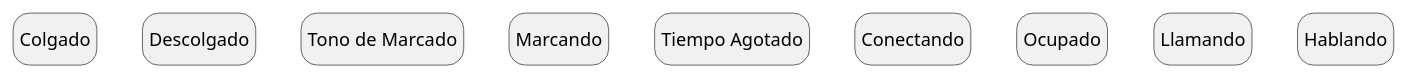
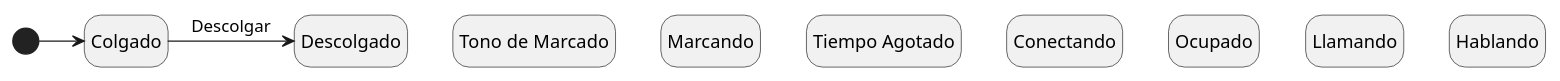
The diagram in Parcial_2/01-Vista_maquina_de_estados/ej-2.md (Z0SO/UML-Practice), drawn with PlantUML before and after one commit. The commit also changed 3 other files, not shown here.

````diff
--- a/Parcial_2/01-Vista_maquina_de_estados/ej-2.md
+++ b/Parcial_2/01-Vista_maquina_de_estados/ej-2.md
@@ -18,21 +18,23 @@
 ```plantuml
 @startuml
 
 hide empty description
 
 state "Colgado" as colgado
 state "Descolgado" as descolgado
 state "Tono de Marcado" as tonoDeMarcado
 state "Marcando" as marcando
 state "Tiempo Agotado" as tiempoAgotado
 state "Conectando" as conectando
 state "Ocupado" as ocupado
 state "Llamando" as llamando
 state "Hablando" as hablando
 
 
+[*] -> colgado
 
+colgado -> descolgado: Descolgar
 
 
 @enduml
 ```
````
